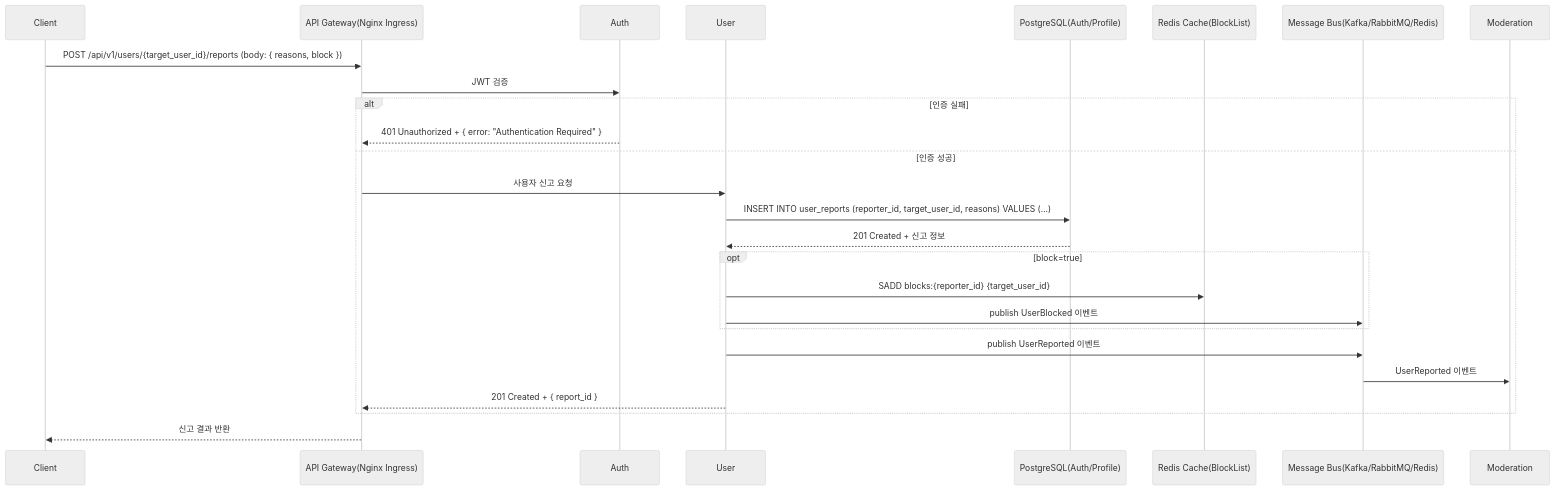
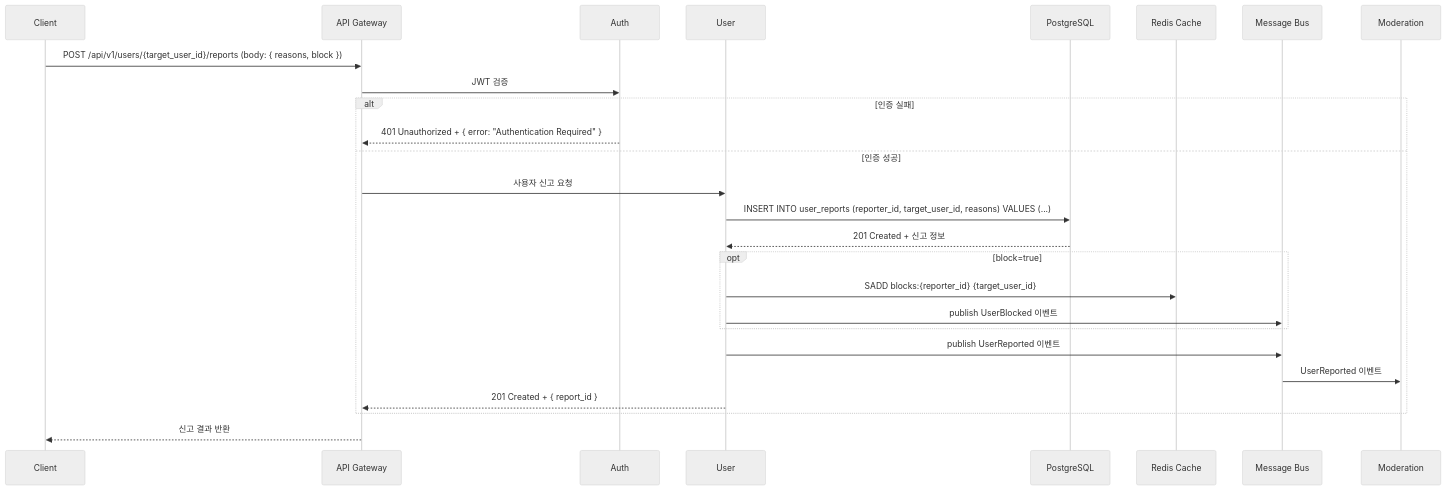
One commit to myeonghan-nim/veilgram changed diagram 12 of 47 in documents/sequence_diagram.md. Above: the diagram before and after it, drawn with Mermaid (neutral theme). The commit also changed other lines of this file and 1 other file, not shown here.

````diff
--- a/documents/sequence_diagram.md
+++ b/documents/sequence_diagram.md
@@ -424,29 +422,29 @@
 ```mermaid
 sequenceDiagram
     participant Client as Client
-    participant APIGW as API Gateway(Nginx Ingress)
+    participant APIGW as API Gateway
     participant Auth as Auth
     participant User as User
-    participant DB as PostgreSQL(Auth/Profile)
-    participant Cache as Redis Cache(BlockList)
-    participant Bus as Message Bus(Kafka/RabbitMQ/Redis)
+    participant DB as PostgreSQL
+    participant Cache as Redis Cache
+    participant Bus as Message Bus
     participant Moderation as Moderation
 
     Client->>APIGW: POST /api/v1/users/{target_user_id}/reports (body: { reasons, block })
     APIGW->>Auth: JWT 검증
     alt 인증 실패
         Auth-->>APIGW: 401 Unauthorized + { error: "Authentication Required" }
     else 인증 성공
         APIGW->>User: 사용자 신고 요청
         User->>DB: INSERT INTO user_reports (reporter_id, target_user_id, reasons) VALUES (...)
         DB-->>User: 201 Created + 신고 정보
         opt block=true
             User->>Cache: SADD blocks:{reporter_id} {target_user_id}
             User->>Bus: publish UserBlocked 이벤트
         end
         User->>Bus: publish UserReported 이벤트
         Bus->>Moderation: UserReported 이벤트
         User-->>APIGW: 201 Created + { report_id }
     end
     APIGW-->>Client: 신고 결과 반환
 ```
````
